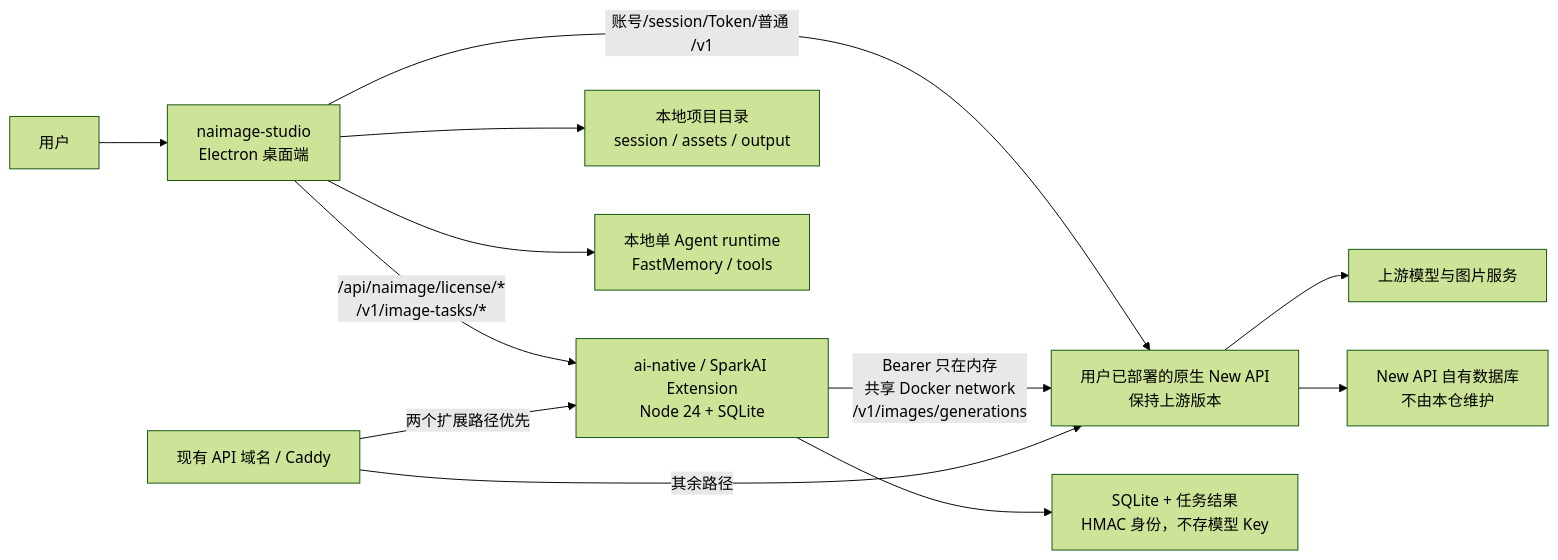
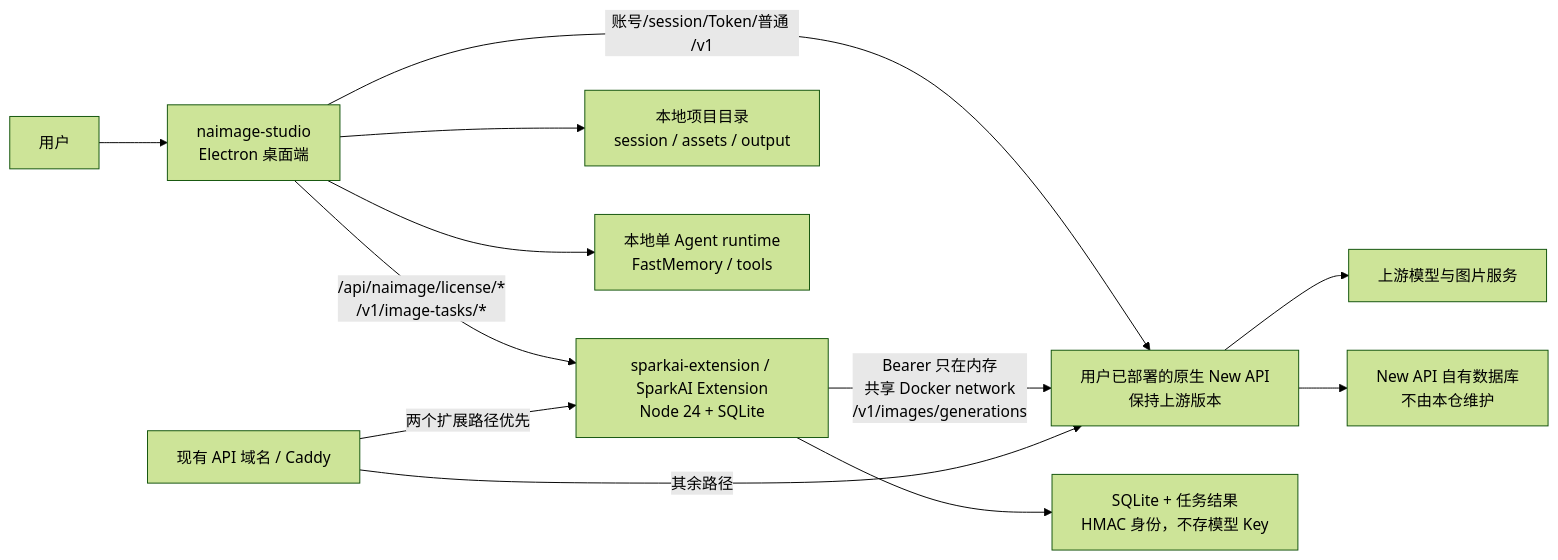
The first of 2 diagrams in WORKSPACE_CONTEXT_MAP.md (naMeaning/SparkAI-WorkSpace), drawn with Mermaid (forest theme) before and after one commit. The commit also changed other lines of this file and 1840 other files, not shown here.

Commit message:
feat: secure SparkAI extension license administration

````diff
--- a/WORKSPACE_CONTEXT_MAP.md
+++ b/WORKSPACE_CONTEXT_MAP.md
@@ -25,19 +25,19 @@
 ```mermaid
 flowchart LR
   User["用户"] --> Desktop["naimage-studio\nElectron 桌面端"]
 
   Desktop -->|"账号/session/Token/普通 /v1"| NewAPI["用户已部署的原生 New API\n保持上游版本"]
-  Desktop -->|"/api/naimage/license/*\n/v1/image-tasks/*"| Extension["ai-native / SparkAI Extension\nNode 24 + SQLite"]
+  Desktop -->|"/api/naimage/license/*\n/v1/image-tasks/*"| Extension["sparkai-extension / SparkAI Extension\nNode 24 + SQLite"]
 
   Extension -->|"Bearer 只在内存\n共享 Docker network\n/v1/images/generations"| NewAPI
   NewAPI --> Providers["上游模型与图片服务"]
 
   Desktop --> LocalProject["本地项目目录\nsession / assets / output"]
   Desktop --> LocalAgent["本地单 Agent runtime\nFastMemory / tools"]
 
   NewAPI --> NewAPIData["New API 自有数据库\n不由本仓维护"]
   Extension --> ExtensionData["SQLite + 任务结果\nHMAC 身份，不存模型 Key"]
 
   Caddy["现有 API 域名 / Caddy"] -->|"两个扩展路径优先"| Extension
   Caddy -->|"其余路径"| NewAPI
 ```
````
